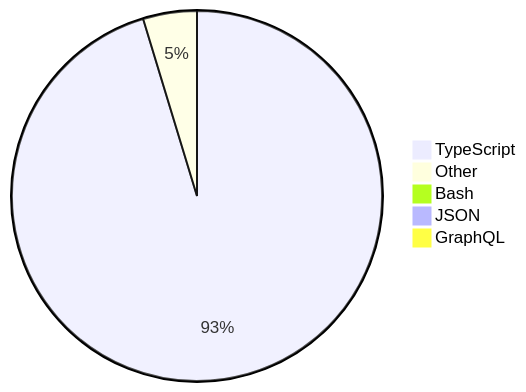
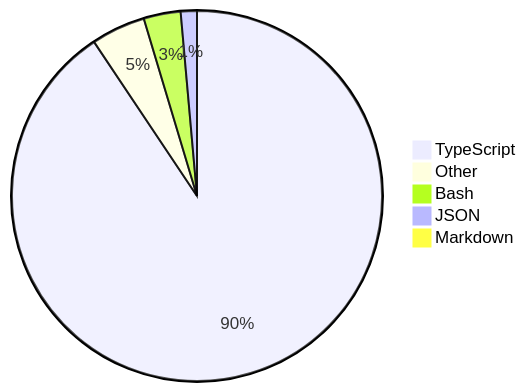
Before and after one commit to skvggor/skvggor: the diagram in README.md, drawn with Mermaid.

Commit message:
Updated waka-readme graph with new metrics

````diff
--- a/README.md
+++ b/README.md
@@ -16,8 +16,8 @@
 ```mermaid
 pie
-    "TypeScript" : 93.3
-    "Other" : 4.6
-    "Bash" : 0.9
-    "JSON" : 0.9
-    "GraphQL" : 0.3
+    "TypeScript" : 89.9
+    "Other" : 4.7
+    "Bash" : 3.2
+    "JSON" : 1.4
+    "Markdown" : 0.4
 ```
````
